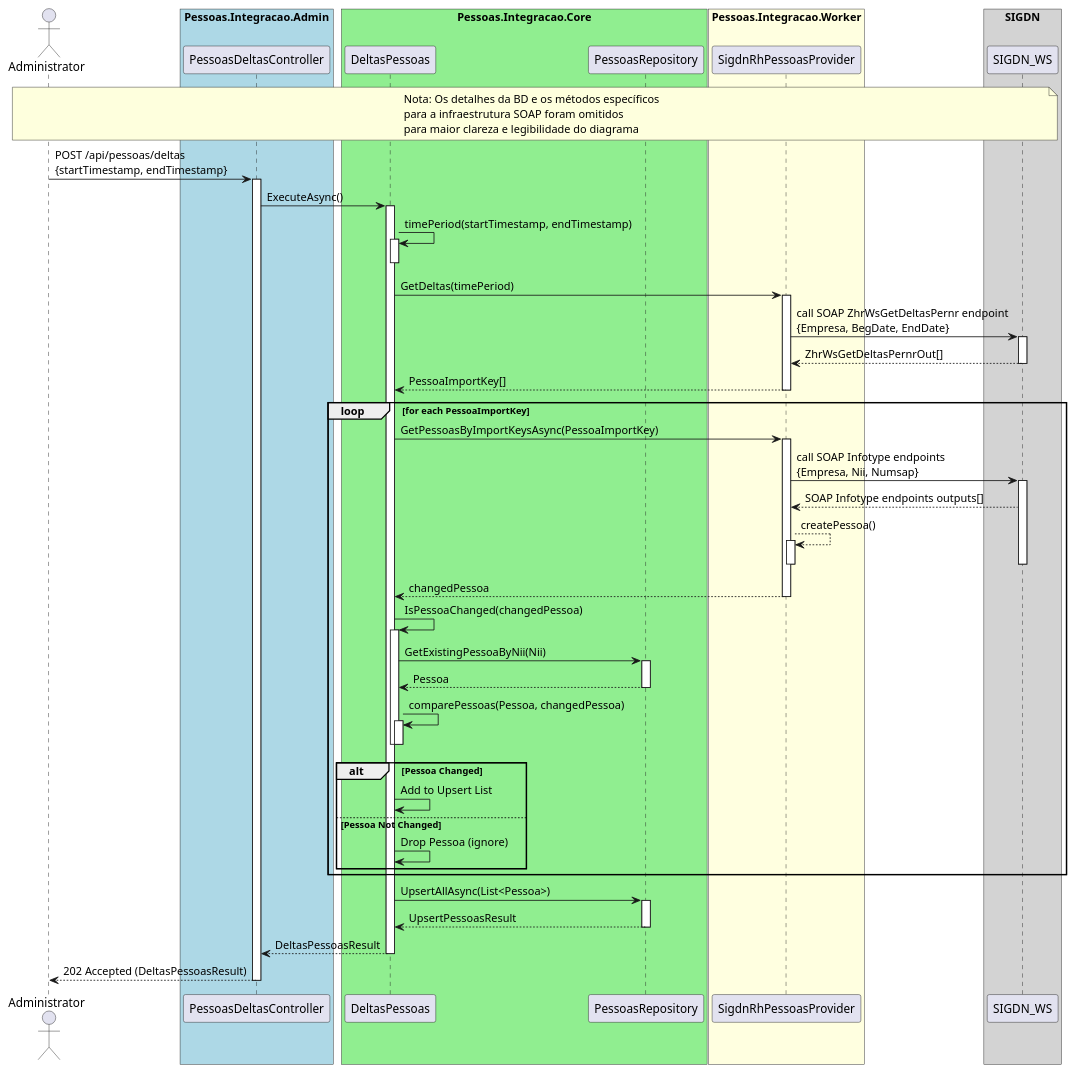
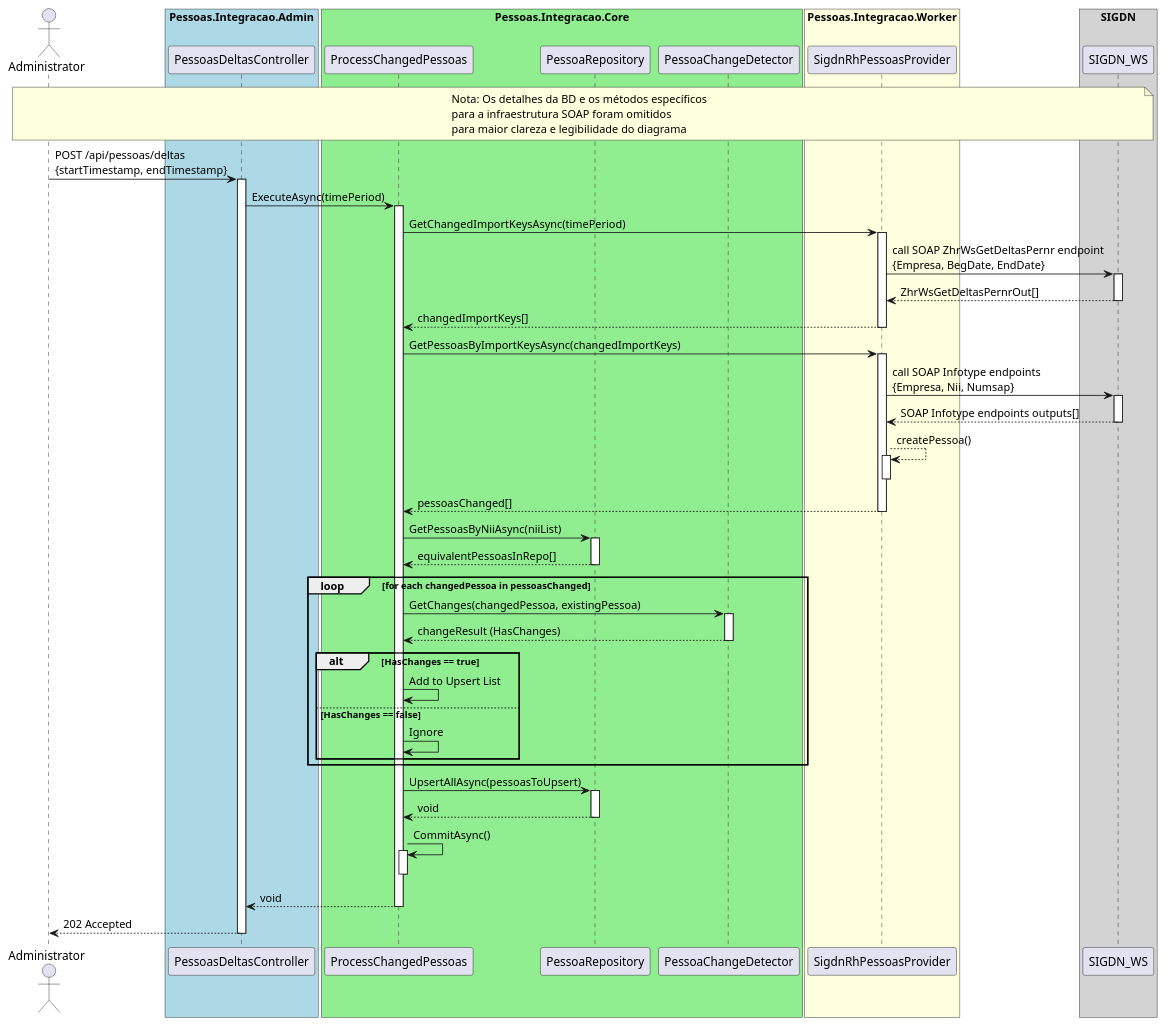
Before and after one commit to Raimundo82/pessoas-integracao: the diagram in docs/sequence-diagrams/use-case-get-deltas.md, drawn with PlantUML.

Commit message:
docs: updated sequence diagram to match ProcessChangedPessoas

```diff
--- a/docs/sequence-diagrams/use-case-get-deltas.md
+++ b/docs/sequence-diagrams/use-case-get-deltas.md
@@ -18,8 +18,9 @@
 
 
 box "Pessoas.Integracao.Core" #LightGreen
-participant DeltasPessoas
-participant PessoasRepository
+participant ProcessChangedPessoas
+participant PessoaRepository
+participant PessoaChangeDetector
 end box
 
 box "Pessoas.Integracao.Worker" #LightYellow
@@ -34,14 +35,10 @@
 Admin -> PessoasDeltasController : POST /api/pessoas/deltas \n{startTimestamp, endTimestamp}
 activate PessoasDeltasController
 
-PessoasDeltasController -> DeltasPessoas : ExecuteAsync()
-activate DeltasPessoas
+PessoasDeltasController -> ProcessChangedPessoas : ExecuteAsync(timePeriod)
+activate ProcessChangedPessoas
 
-DeltasPessoas -> DeltasPessoas : timePeriod(startTimestamp, endTimestamp)
-activate DeltasPessoas
-deactivate DeltasPessoas
-
-DeltasPessoas -> SigdnRhPessoasProvider : GetDeltas(timePeriod)
+ProcessChangedPessoas -> SigdnRhPessoasProvider : GetChangedImportKeysAsync(timePeriod)
 activate SigdnRhPessoasProvider
 
 SigdnRhPessoasProvider -> SIGDN_WS : call SOAP ZhrWsGetDeltasPernr endpoint\n{Empresa, BegDate, EndDate}
@@ -50,56 +47,57 @@
 SIGDN_WS --> SigdnRhPessoasProvider : ZhrWsGetDeltasPernrOut[]
 deactivate SIGDN_WS
 
-SigdnRhPessoasProvider --> DeltasPessoas : PessoaImportKey[]
+SigdnRhPessoasProvider --> ProcessChangedPessoas : changedImportKeys[]
 deactivate SigdnRhPessoasProvider
 
-loop for each PessoaImportKey
+ProcessChangedPessoas -> SigdnRhPessoasProvider : GetPessoasByImportKeysAsync(changedImportKeys)
+activate SigdnRhPessoasProvider
 
-    DeltasPessoas -> SigdnRhPessoasProvider : GetPessoasByImportKeysAsync(PessoaImportKey)
-    activate SigdnRhPessoasProvider
+SigdnRhPessoasProvider -> SIGDN_WS : call SOAP Infotype endpoints\n{Empresa, Nii, Numsap}
+activate SIGDN_WS
+SIGDN_WS --> SigdnRhPessoasProvider : SOAP Infotype endpoints outputs[]
+deactivate SIGDN_WS
 
-    SigdnRhPessoasProvider -> SIGDN_WS : call SOAP Infotype endpoints\n{Empresa, Nii, Numsap}
-    activate SIGDN_WS
-    SIGDN_WS --> SigdnRhPessoasProvider : SOAP Infotype endpoints outputs[]
-    SigdnRhPessoasProvider --> SigdnRhPessoasProvider : createPessoa()
-    activate SigdnRhPessoasProvider
-    deactivate SigdnRhPessoasProvider
-    deactivate SIGDN_WS
+SigdnRhPessoasProvider --> SigdnRhPessoasProvider : createPessoa()
+activate SigdnRhPessoasProvider
+deactivate SigdnRhPessoasProvider
 
-    SigdnRhPessoasProvider --> DeltasPessoas : changedPessoa
-    deactivate SigdnRhPessoasProvider
+SigdnRhPessoasProvider --> ProcessChangedPessoas : pessoasChanged[]
+deactivate SigdnRhPessoasProvider
 
+ProcessChangedPessoas -> PessoaRepository : GetPessoasByNiiAsync(niiList)
+activate PessoaRepository
+PessoaRepository --> ProcessChangedPessoas : equivalentPessoasInRepo[]
+deactivate PessoaRepository
 
-    DeltasPessoas -> DeltasPessoas : IsPessoaChanged(changedPessoa)
-    activate DeltasPessoas
-    DeltasPessoas -> PessoasRepository : GetExistingPessoaByNii(Nii)
-    activate PessoasRepository
+loop for each changedPessoa in pessoasChanged
 
-    PessoasRepository --> DeltasPessoas : Pessoa
-    deactivate PessoasRepository
+    ProcessChangedPessoas -> PessoaChangeDetector : GetChanges(changedPessoa, existingPessoa)
+    activate PessoaChangeDetector
+    PessoaChangeDetector --> ProcessChangedPessoas : changeResult (HasChanges)
+    deactivate PessoaChangeDetector
 
-    DeltasPessoas -> DeltasPessoas : comparePessoas(Pessoa, changedPessoa)
-    activate DeltasPessoas
-    deactivate DeltasPessoas
-    deactivate DeltasPessoas
-
-    alt Pessoa Changed
-        DeltasPessoas -> DeltasPessoas : Add to Upsert List
-    else Pessoa Not Changed
-        DeltasPessoas -> DeltasPessoas : Drop Pessoa (ignore)
+    alt HasChanges == true
+        ProcessChangedPessoas -> ProcessChangedPessoas : Add to Upsert List
+    else HasChanges == false
+        ProcessChangedPessoas -> ProcessChangedPessoas : Ignore
     end
 
 end
 
-DeltasPessoas -> PessoasRepository : UpsertAllAsync(List<Pessoa>)
-activate PessoasRepository
-PessoasRepository --> DeltasPessoas : UpsertPessoasResult
-deactivate PessoasRepository
+ProcessChangedPessoas -> PessoaRepository : UpsertAllAsync(pessoasToUpsert)
+activate PessoaRepository
+PessoaRepository --> ProcessChangedPessoas : void
+deactivate PessoaRepository
 
-DeltasPessoas --> PessoasDeltasController: DeltasPessoasResult
-deactivate DeltasPessoas
+ProcessChangedPessoas -> ProcessChangedPessoas : CommitAsync()
+activate ProcessChangedPessoas
+deactivate ProcessChangedPessoas
 
-PessoasDeltasController --> Admin : 202 Accepted (DeltasPessoasResult)
+ProcessChangedPessoas --> PessoasDeltasController: void
+deactivate ProcessChangedPessoas
+
+PessoasDeltasController --> Admin : 202 Accepted
 deactivate PessoasDeltasController
 
 @enduml
```
